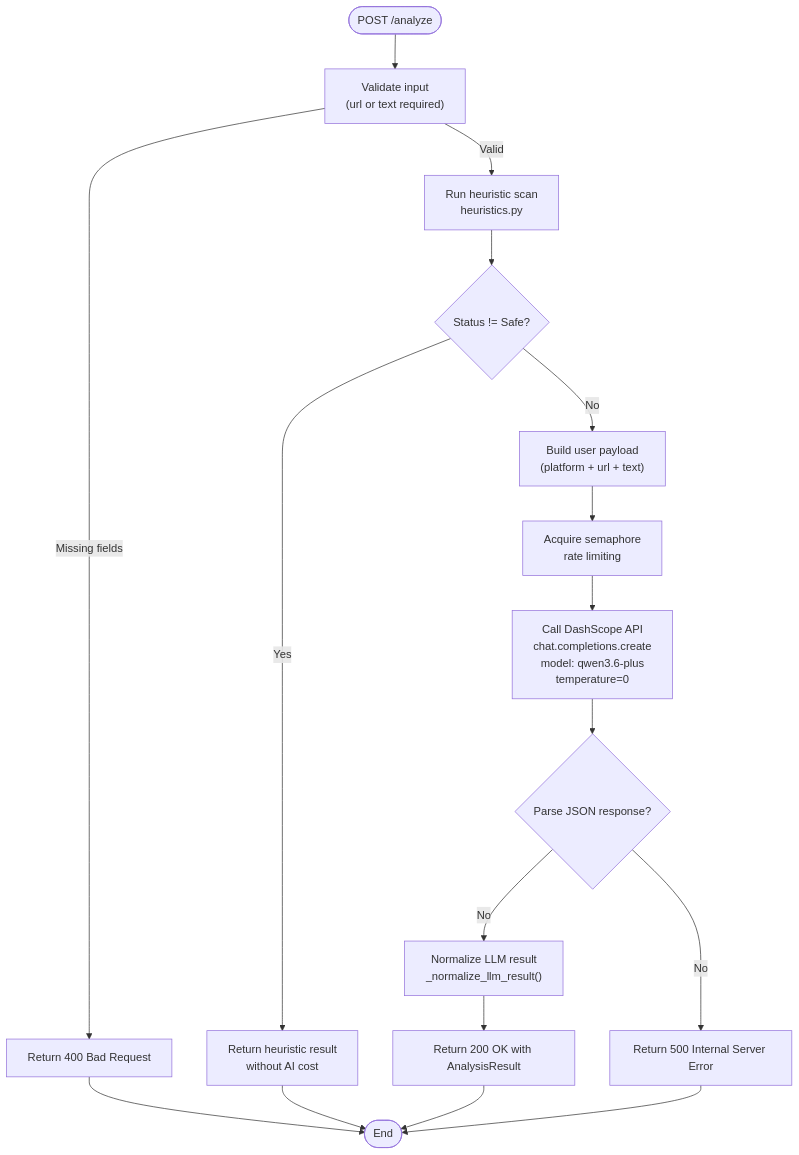
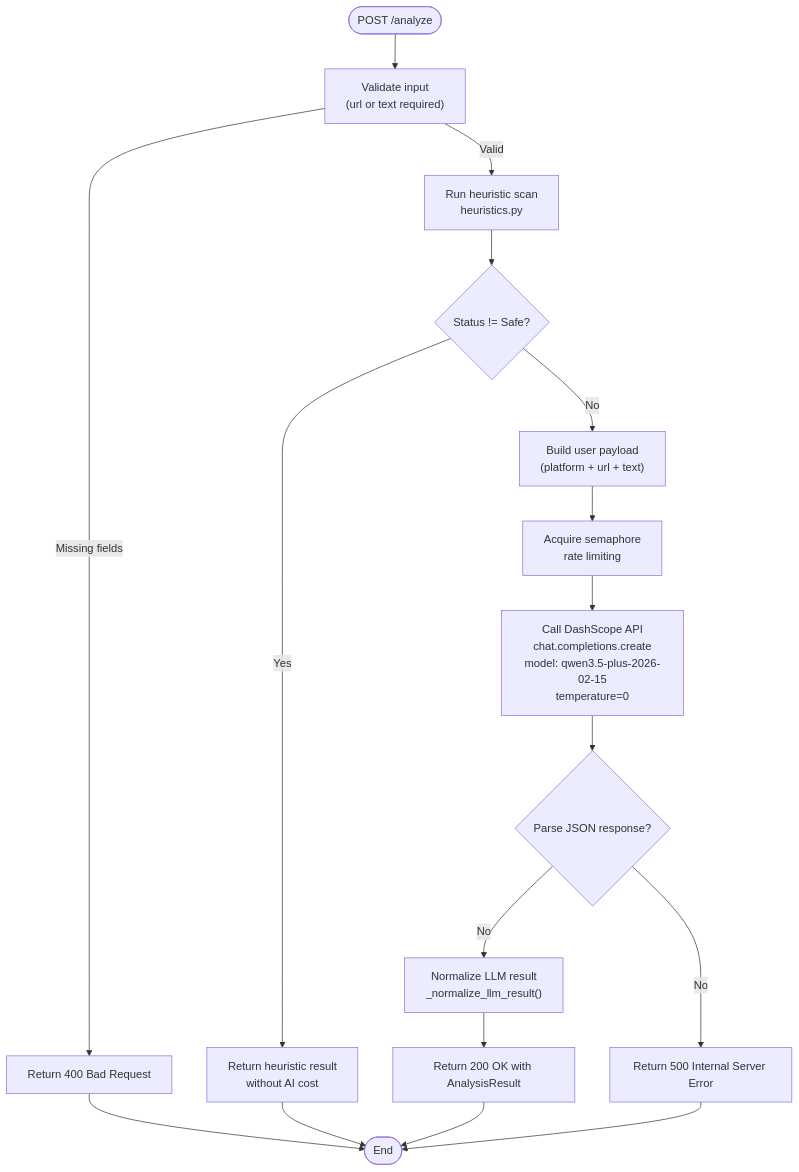
The third of 5 diagrams in .qoder/repowiki/en/content/Backend API Documentation.md (Aymanaahh/scrollguard-ai), drawn with Mermaid before and after one commit. The commit also changed other lines of this file and 22 other files, not shown here.

Commit message:
optimized main.py so it does not broke on LLM model change

````diff
--- a/.qoder/repowiki/en/content/Backend API Documentation.md
+++ b/.qoder/repowiki/en/content/Backend API Documentation.md
@@ -258,19 +257,19 @@
 ```mermaid
 flowchart TD
 Start(["POST /analyze"]) --> Validate["Validate input<br/>(url or text required)"]
 Validate --> |Missing fields| Err400["Return 400 Bad Request"]
 Validate --> |Valid| Heuristic["Run heuristic scan<br/>heuristics.py"]
 Heuristic --> Check{"Status != Safe?"}
 Check --> |Yes| ReturnHeuristic["Return heuristic result<br/>without AI cost"]
 Check --> |No| BuildPrompt["Build user payload<br/>(platform + url + text)"]
 BuildPrompt --> Semaphore["Acquire semaphore<br/>rate limiting"]
-Semaphore --> CallLLM["Call DashScope API<br/>chat.completions.create<br/>model: qwen3.6-plus<br/>temperature=0"]
+Semaphore --> CallLLM["Call DashScope API<br/>chat.completions.create<br/>model: qwen3.5-plus-2026-02-15<br/>temperature=0"]
 CallLLM --> Parse{"Parse JSON response?"}
 Parse --> |No| Normalize["Normalize LLM result<br/>_normalize_llm_result()"]
 Normalize --> Return200["Return 200 OK with AnalysisResult"]
 Parse --> |No| Err500["Return 500 Internal Server Error"]
 Err400 --> End(["End"])
 Err500 --> End
 ReturnHeuristic --> End
 Return200 --> End
 ```
````
